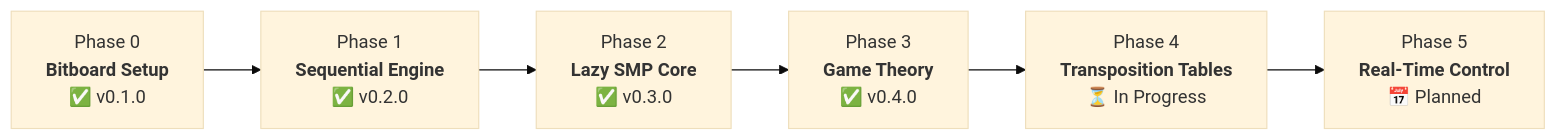
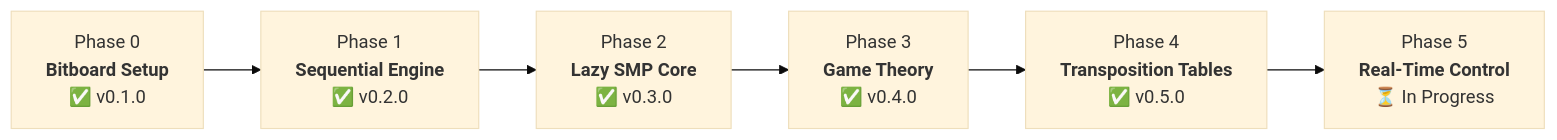
Before and after one commit to a-delavega/minimax-parallel-benchmark: the diagram in README.md, drawn with Mermaid (base theme). The commit also changed other lines of this file and 1 other file, not shown here.

Commit message:
docs: complete Phase 4 documentation and update README with TT benchmarks and roadmap

````diff
--- a/README.md
+++ b/README.md
@@ -66,8 +67,8 @@
 ```mermaid
 flowchart LR
     A["Phase 0<br/><b>Bitboard Setup</b><br/>✅ v0.1.0"] --> B["Phase 1<br/><b>Sequential Engine</b><br/>✅ v0.2.0"]
     B --> C["Phase 2<br/><b>Lazy SMP Core</b><br/>✅ v0.3.0"]
     C --> D["Phase 3<br/><b>Game Theory</b><br/>✅ v0.4.0"]
-    D --> E["Phase 4<br/><b>Transposition Tables</b><br/>⏳ In Progress"]
-    E --> F["Phase 5<br/><b>Real-Time Control</b><br/>📅 Planned"]
+    D --> E["Phase 4<br/><b>Transposition Tables</b><br/>✅ v0.5.0"]
+    E --> F["Phase 5<br/><b>Real-Time Control</b><br/>⏳ In Progress"]
 ```
````
